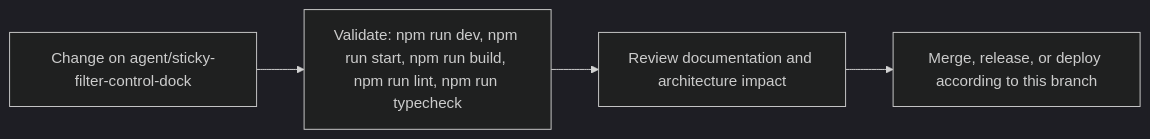
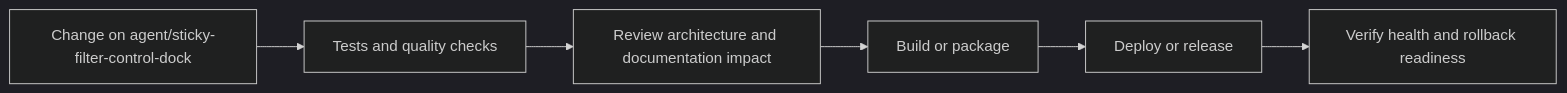
Before and after one commit to Nischhalsubba/BindForge-NW: the fourth of 5 diagrams in README.md, drawn with Mermaid (dark theme). The commit also changed other lines of this file, not shown here.

````diff
--- a/README.md
+++ b/README.md
@@ -71,8 +147,8 @@
 ```mermaid
 flowchart LR
-    CHANGE["Change on agent/sticky-filter-control-dock"]
-    CHECK["Validate: npm run dev, npm run start, npm run build, npm run lint, npm run typecheck"]
-    REVIEW["Review documentation and architecture impact"]
-    RELEASE["Merge, release, or deploy according to this branch"]
-    CHANGE --> CHECK --> REVIEW --> RELEASE
+    CHANGE["Change on agent/sticky-filter-control-dock"] --> CHECK["Tests and quality checks"]
+    CHECK --> REVIEW["Review architecture and documentation impact"]
+    REVIEW --> BUILD["Build or package"]
+    BUILD --> DEPLOY["Deploy or release"]
+    DEPLOY --> VERIFY["Verify health and rollback readiness"]
 ```
````
